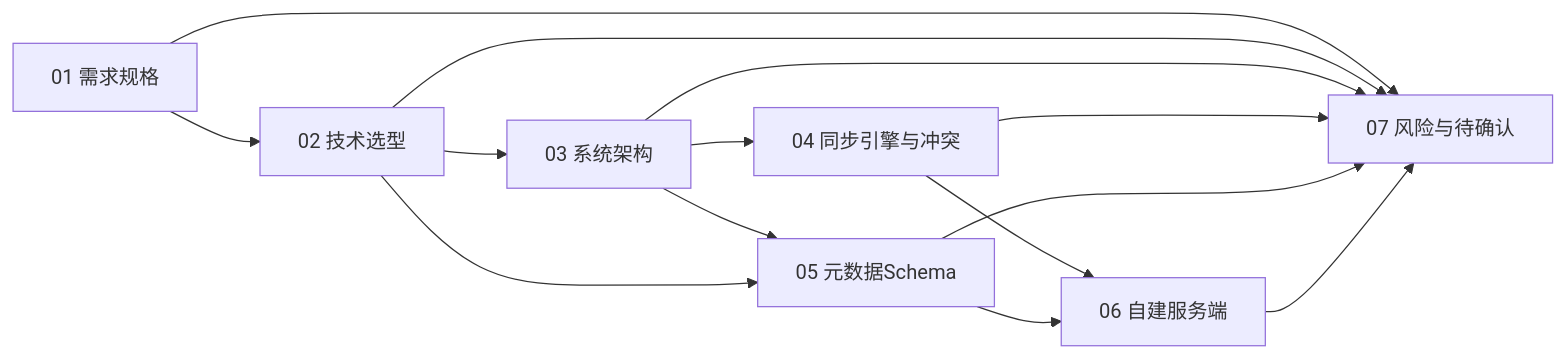
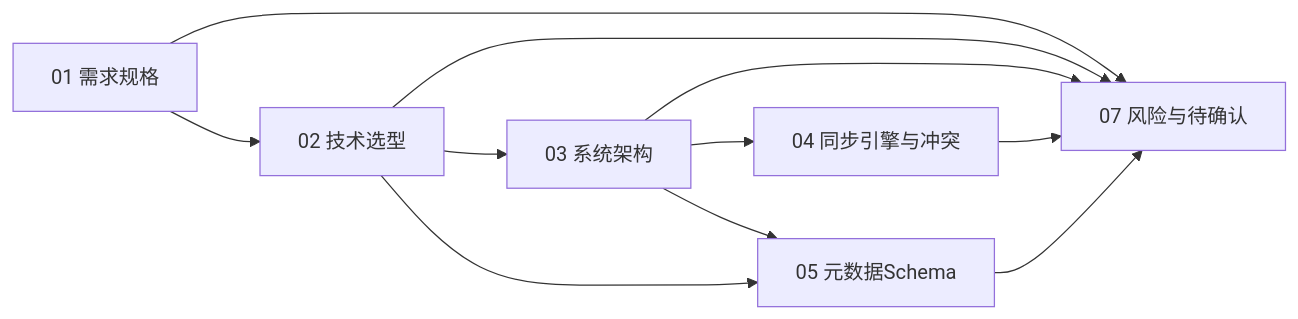
The diagram in docs/00-总览.md (No-name0719/sync-reader), drawn with Mermaid before and after one commit. The commit also changed other lines of this file and 30 other files, not shown here.

````diff
--- a/docs/00-总览.md
+++ b/docs/00-总览.md
@@ -25,11 +27,9 @@
 ```mermaid
 flowchart LR
     A["01 需求规格"] --> B["02 技术选型"]
     B --> C["03 系统架构"]
     C --> D["04 同步引擎与冲突"]
     C --> E["05 元数据Schema"]
     B --> E
-    D --> F["06 自建服务端"]
-    E --> F
-    A & B & C & D & E & F --> G["07 风险与待确认"]
+    A & B & C & D & E --> G["07 风险与待确认"]
 ```
````
